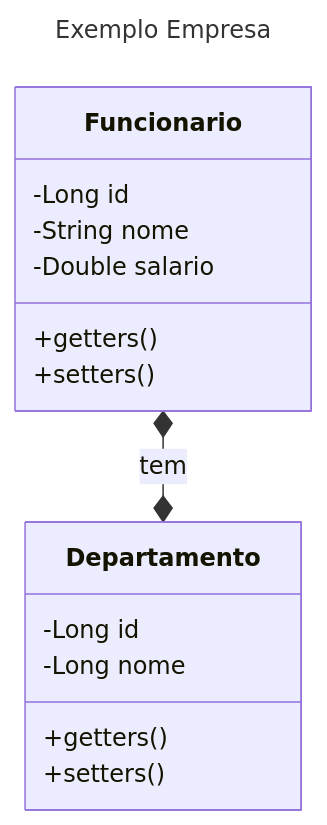
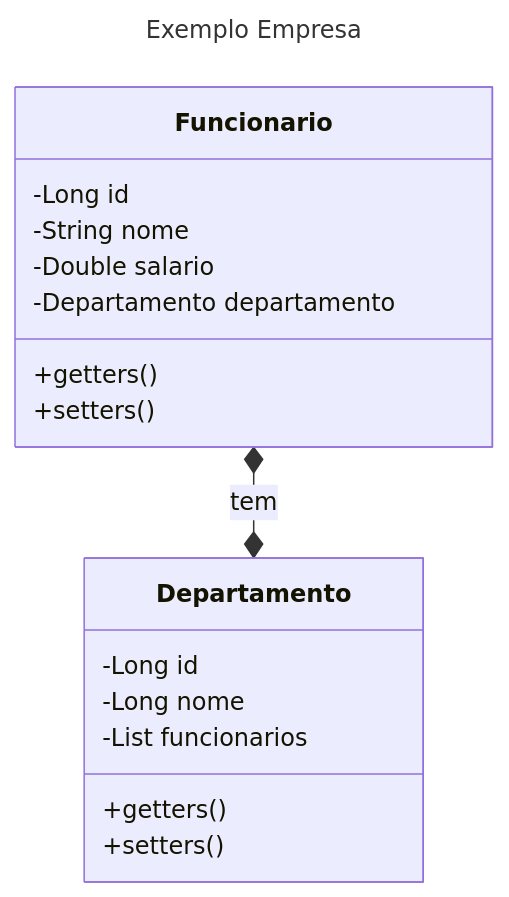
Before and after one commit to lschlestein/hibernate: the diagram in README.md, drawn with Mermaid.

````diff
--- a/README.md
+++ b/README.md
@@ -182,20 +182,22 @@
 ```mermaid
 ---
 title: Exemplo Empresa
 ---
 classDiagram
     Funcionario *--* Departamento : tem
     class Funcionario{
         -Long id
         -String nome
         -Double salario
+        -Departamento departamento
         +getters( )
         +setters( )
     }
     class Departamento{
         -Long id
         -Long nome
+        -List<Funcionario> funcionarios
         +getters( )
         +setters( )
     }
 ```
````
